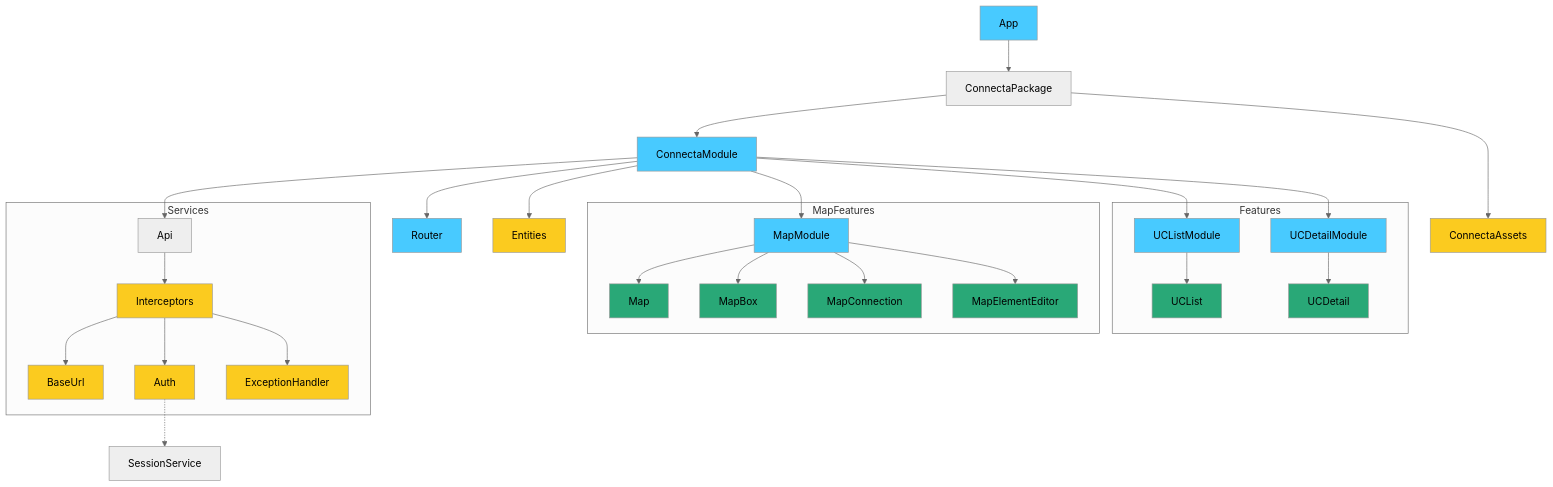
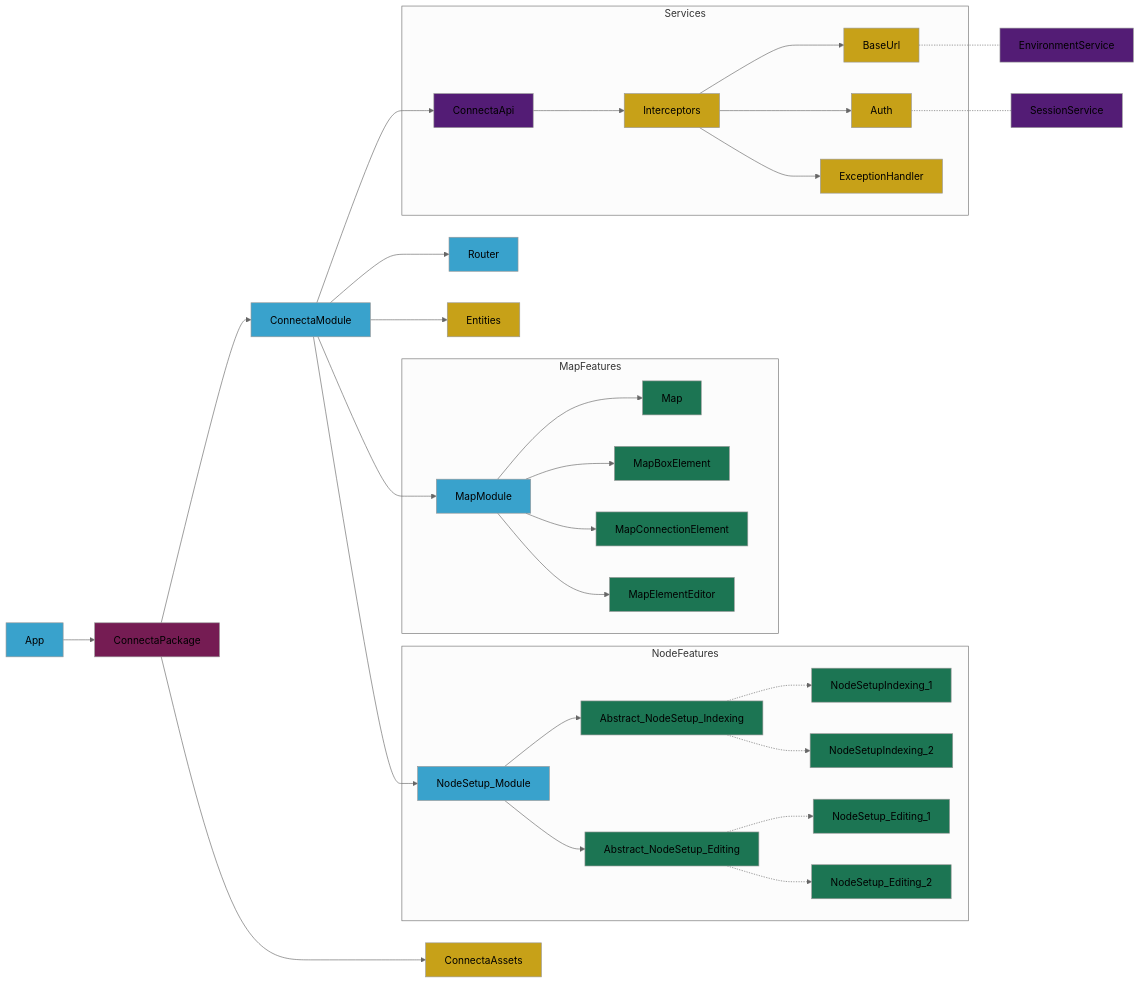
Before and after one commit to 00spoiler00/documentation: the third of 3 diagrams in content/new-connecta/architecture/frontend/module-architecture-proposal.md, drawn with Mermaid (neutral theme). The commit also changed other lines of this file, not shown here.

Commit message:
Update connecta frontend proposal

````diff
--- a/content/new-connecta/architecture/frontend/module-architecture-proposal.md
+++ b/content/new-connecta/architecture/frontend/module-architecture-proposal.md
@@ -98,50 +112,61 @@
 ```mermaid
 
-flowchart TD
+flowchart LR
 
-    classDef module fill:#48CAFF
-    classDef component fill:#29A877
-    classDef other fill:#FBCB1F
+    classDef module fill:#39a2cc
+    classDef component fill:#1c7553
+    classDef other fill:#c7a118
+    classDef package fill:#751c53
+    classDef service fill:#531c75
 
-
-    App:::module --> ConnectaPackage
+    App:::module --> ConnectaPackage:::package
     ConnectaPackage --> ConnectaModule:::module
     ConnectaPackage ---> ConnectaAssets:::other
 
-    ConnectaModule --> Api:::service
+    ConnectaModule --> ConnectaApi:::service
     ConnectaModule --> Router:::module
     ConnectaModule --> Entities:::other
     ConnectaModule --> MapModule:::module
     MapModule --> Map:::component
-    MapModule --> MapBox:::component
-    MapModule --> MapConnection:::component
+    MapModule --> MapBoxElement:::component
+    MapModule --> MapConnectionElement:::component
     MapModule --> MapElementEditor:::component
-    ConnectaModule --> UCListModule:::module
-    ConnectaModule --> UCDetailModule:::module
+
+    ConnectaModule --> NodeSetup_Module:::module
+    NodeSetup_Module --> Abstract_NodeSetup_Indexing:::component
+    Abstract_NodeSetup_Indexing:::component -.-> NodeSetupIndexing_1:::component
+    Abstract_NodeSetup_Indexing:::component -.-> NodeSetupIndexing_2:::component
+    NodeSetup_Module --> Abstract_NodeSetup_Editing:::component
+    Abstract_NodeSetup_Editing:::component -.-> NodeSetup_Editing_1:::component
+    Abstract_NodeSetup_Editing:::component -.-> NodeSetup_Editing_2:::component
 
     subgraph Services
-        Api --> Interceptors:::other
+        ConnectaApi --> Interceptors:::other
         Interceptors --> BaseUrl:::other
         Interceptors --> Auth:::other
         Interceptors --> ExceptionHandler:::other
     end
 
 
-    subgraph Features
-        UCListModule --> UCList:::component
-        UCDetailModule --> UCDetail:::component
-        UCList
-        UCDetail
+    subgraph NodeFeatures
+        NodeSetup_Module
+        Abstract_NodeSetup_Indexing:::component
+        NodeSetupIndexing_1:::component
+        NodeSetupIndexing_2:::component
+        Abstract_NodeSetup_Editing:::component
+        NodeSetup_Editing_1:::component
+        NodeSetup_Editing_2:::component
     end
 
     subgraph MapFeatures
         MapModule:::module
         Map
-        MapBox
-        MapConnection
+        MapBoxElement
+        MapConnectionElement
         MapElementEditor
     end
 
-    Auth-.->SessionService
+    Auth-.-SessionService:::service
+    BaseUrl-.-EnvironmentService:::service
 
 ```
````
